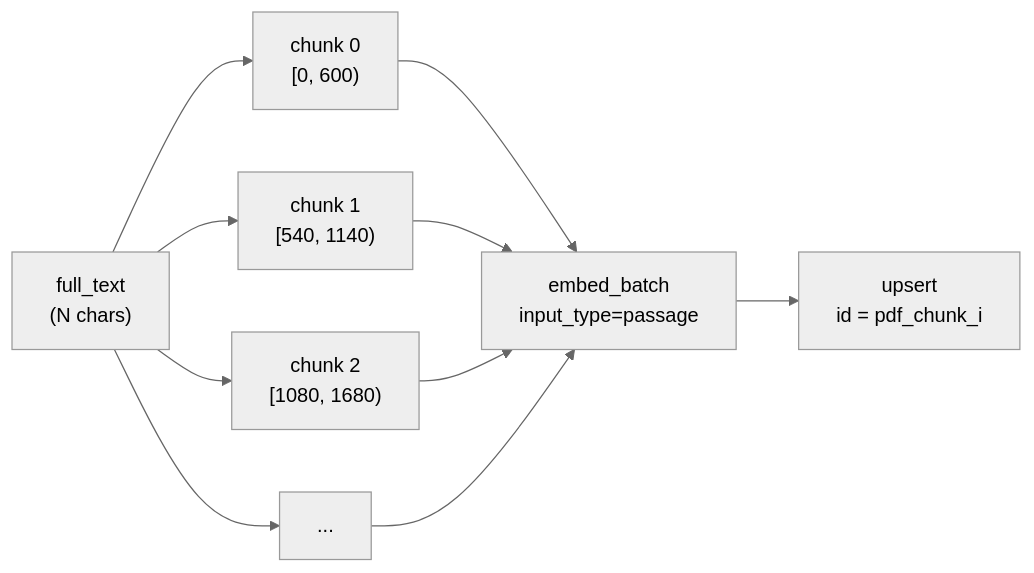
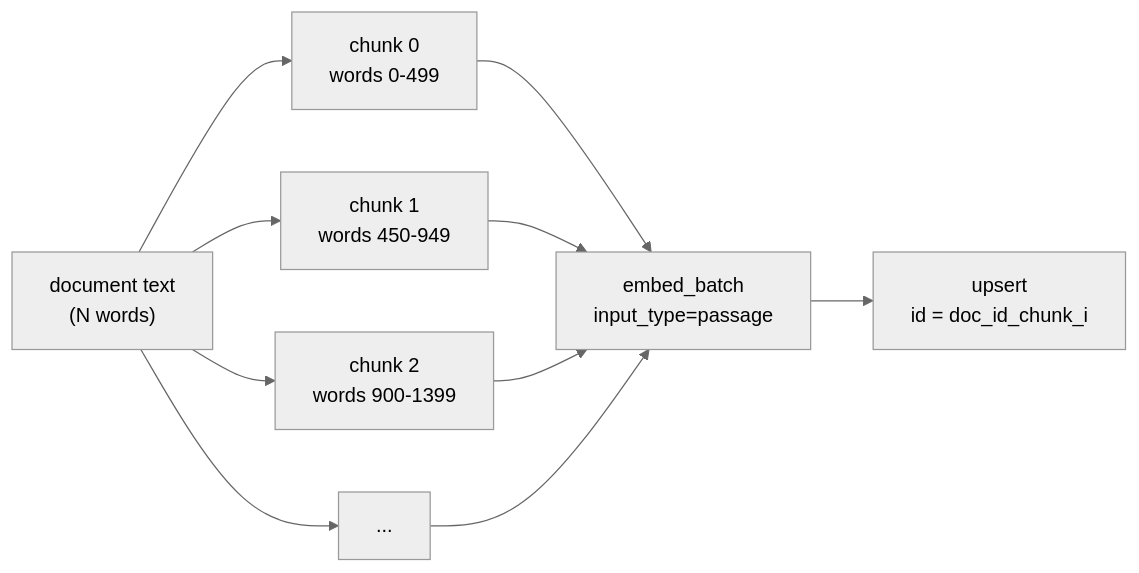
One commit to lsolor/korg-pdf-qa changed diagram 14 of 19 in ARCHITECTURE.md. Above: the diagram before and after it, drawn with Mermaid (neutral theme). The commit also changed other lines of this file, not shown here.

First line of the commit message:
Update ARCHITECTURE.md for the script-based RAG pipeline

````diff
--- a/ARCHITECTURE.md
+++ b/ARCHITECTURE.md
@@ -755,9 +716,9 @@
 ```mermaid
 flowchart LR
-    T["full_text<br/>(N chars)"] --> W1["chunk 0<br/>[0, 600)"]
-    T --> W2["chunk 1<br/>[540, 1140)"]
-    T --> W3["chunk 2<br/>[1080, 1680)"]
+    T["document text<br/>(N words)"] --> W1["chunk 0<br/>words 0-499"]
+    T --> W2["chunk 1<br/>words 450-949"]
+    T --> W3["chunk 2<br/>words 900-1399"]
     T --> Wn["..."]
     W1 & W2 & W3 & Wn --> E["embed_batch<br/>input_type=passage"]
-    E --> U["upsert<br/>id = pdf_chunk_i"]
+    E --> U["upsert<br/>id = doc_id_chunk_i"]
 ```
````
